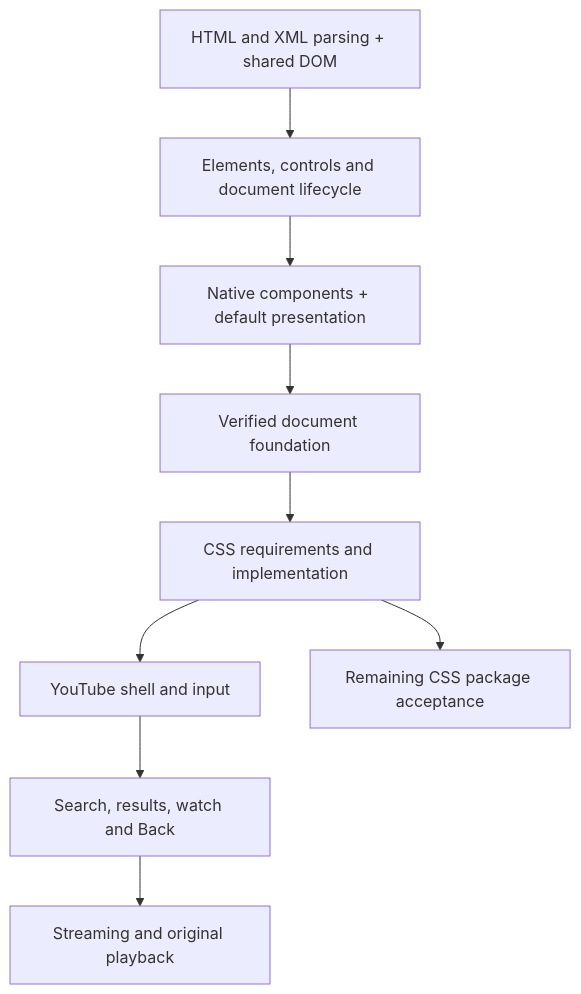
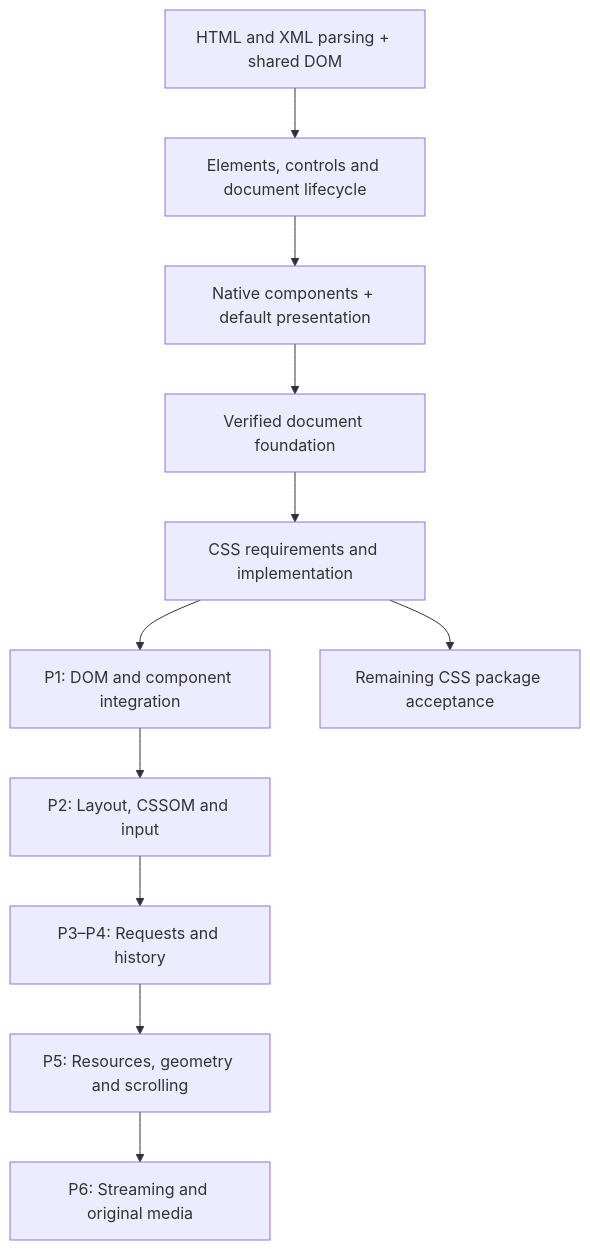
The diagram in docs/ROADMAP.md (c-a-t-f-o-o-d/chezcat-browser), drawn with Mermaid before and after one commit. The commit also changed other lines of this file and 6 other files, not shown here.

Commit message:
Describe roadmap milestones as shared browser capabilities

````diff
--- a/docs/ROADMAP.md
+++ b/docs/ROADMAP.md
@@ -33,11 +33,13 @@
 ```mermaid
 flowchart TD
     CORE["HTML and XML parsing + shared DOM"] --> DOCS["Elements, controls and document lifecycle"]
     DOCS --> COMPONENTS["Native components + default presentation"]
     COMPONENTS --> GATE["Verified document foundation"]
     GATE --> CSS["CSS requirements and implementation"]
-    CSS --> SHELL["YouTube shell and input"]
+    CSS --> DOM["P1: DOM and component integration"]
     CSS --> COVERAGE["Remaining CSS package acceptance"]
-    SHELL --> JOURNEY["Search, results, watch and Back"]
-    JOURNEY --> MEDIA["Streaming and original playback"]
+    DOM --> INPUT["P2: Layout, CSSOM and input"]
+    INPUT --> DATA["P3–P4: Requests and history"]
+    DATA --> RESOURCES["P5: Resources, geometry and scrolling"]
+    RESOURCES --> MEDIA["P6: Streaming and original media"]
 ```
````
